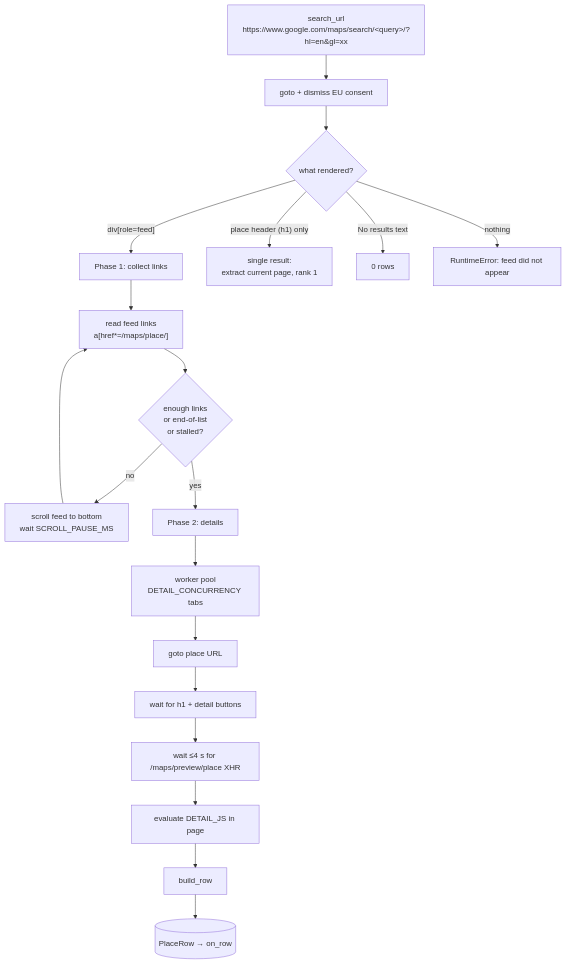
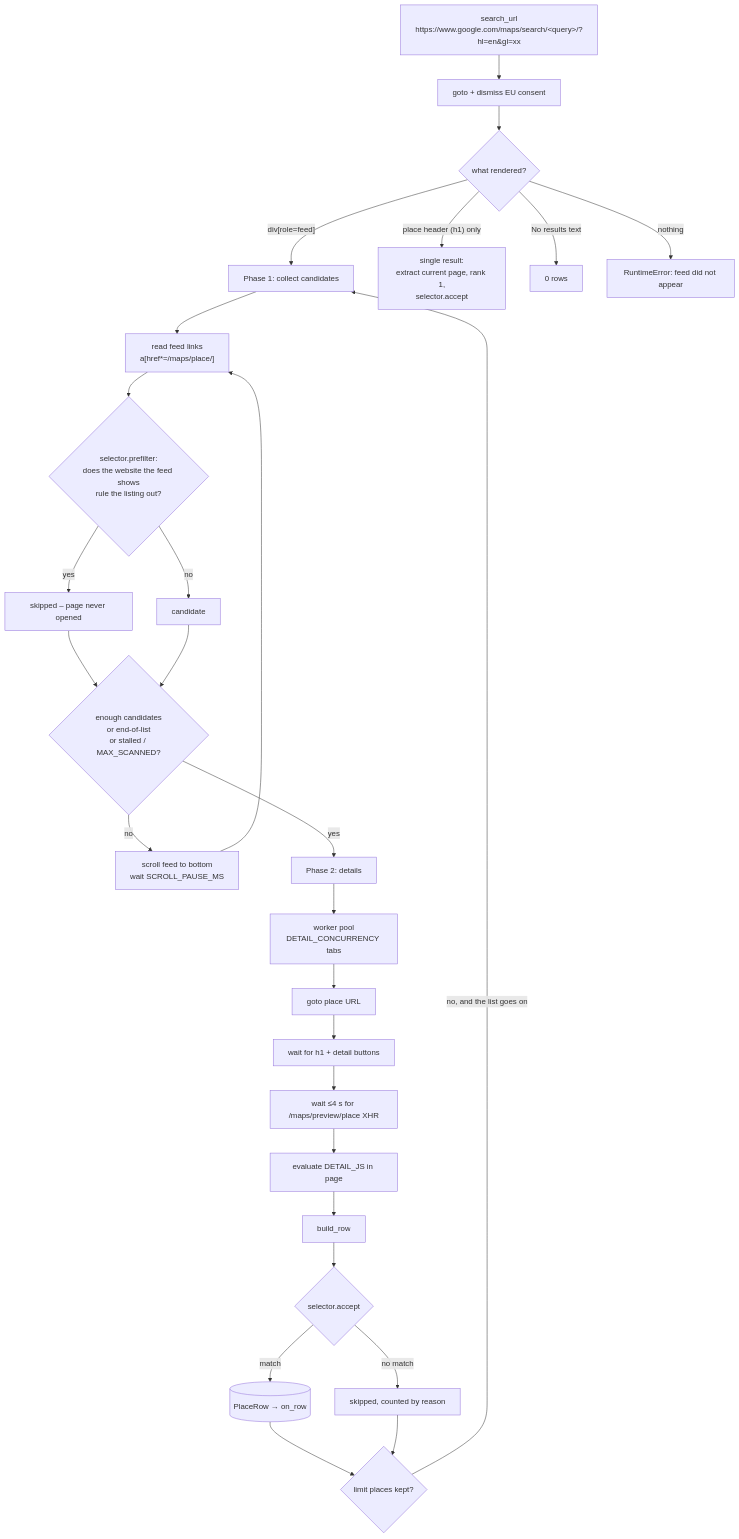
One commit to wandringspirit/leadspilot-engine changed the diagram in docs/SCRAPING.md. Above: the diagram before and after it, drawn with Mermaid. The commit also changed other lines of this file and 31 other files, not shown here.

First line of the commit message:
Search by business + place with website / contact filters (v1.2.0)

````diff
--- a/docs/SCRAPING.md
+++ b/docs/SCRAPING.md
@@ -8,21 +8,30 @@
 ```mermaid
 flowchart TD
     A["search_url<br/>https://www.google.com/maps/search/&lt;query&gt;/?hl=en&amp;gl=xx"] --> B["goto + dismiss EU consent"]
     B --> C{what rendered?}
-    C -- "div[role=feed]" --> D[Phase 1: collect links]
-    C -- "place header (h1) only" --> S[single result:<br/>extract current page, rank 1]
+    C -- "div[role=feed]" --> D[Phase 1: collect candidates]
+    C -- "place header (h1) only" --> S[single result:<br/>extract current page, rank 1,<br/>selector.accept]
     C -- "No results text" --> Z[0 rows]
     C -- nothing --> ERR[RuntimeError: feed did not appear]
     D --> D1["read feed links<br/>a[href*=/maps/place/]"]
-    D1 --> D2{enough links<br/>or end-of-list<br/>or stalled?}
+    D1 --> PF{"selector.prefilter:<br/>does the website the feed shows<br/>rule the listing out?"}
+    PF -- yes --> SK[skipped – page never opened]
+    PF -- no --> CA[candidate]
+    SK --> D2
+    CA --> D2{enough candidates<br/>or end-of-list<br/>or stalled / MAX_SCANNED?}
     D2 -- no --> D3[scroll feed to bottom<br/>wait SCROLL_PAUSE_MS]
     D3 --> D1
     D2 -- yes --> E[Phase 2: details]
     E --> W[worker pool<br/>DETAIL_CONCURRENCY tabs]
     W --> W1[goto place URL]
     W1 --> W2[wait for h1 + detail buttons]
     W2 --> W3[wait ≤4 s for /maps/preview/place XHR]
     W3 --> W4[evaluate DETAIL_JS in page]
     W4 --> W5[build_row]
-    W5 --> R[(PlaceRow → on_row)]
+    W5 --> AC{selector.accept}
+    AC -- match --> R[(PlaceRow → on_row)]
+    AC -- no match --> SK2[skipped, counted by reason]
+    R --> MORE{limit places kept?}
+    SK2 --> MORE
+    MORE -- "no, and the list goes on" --> D
 ```
````
